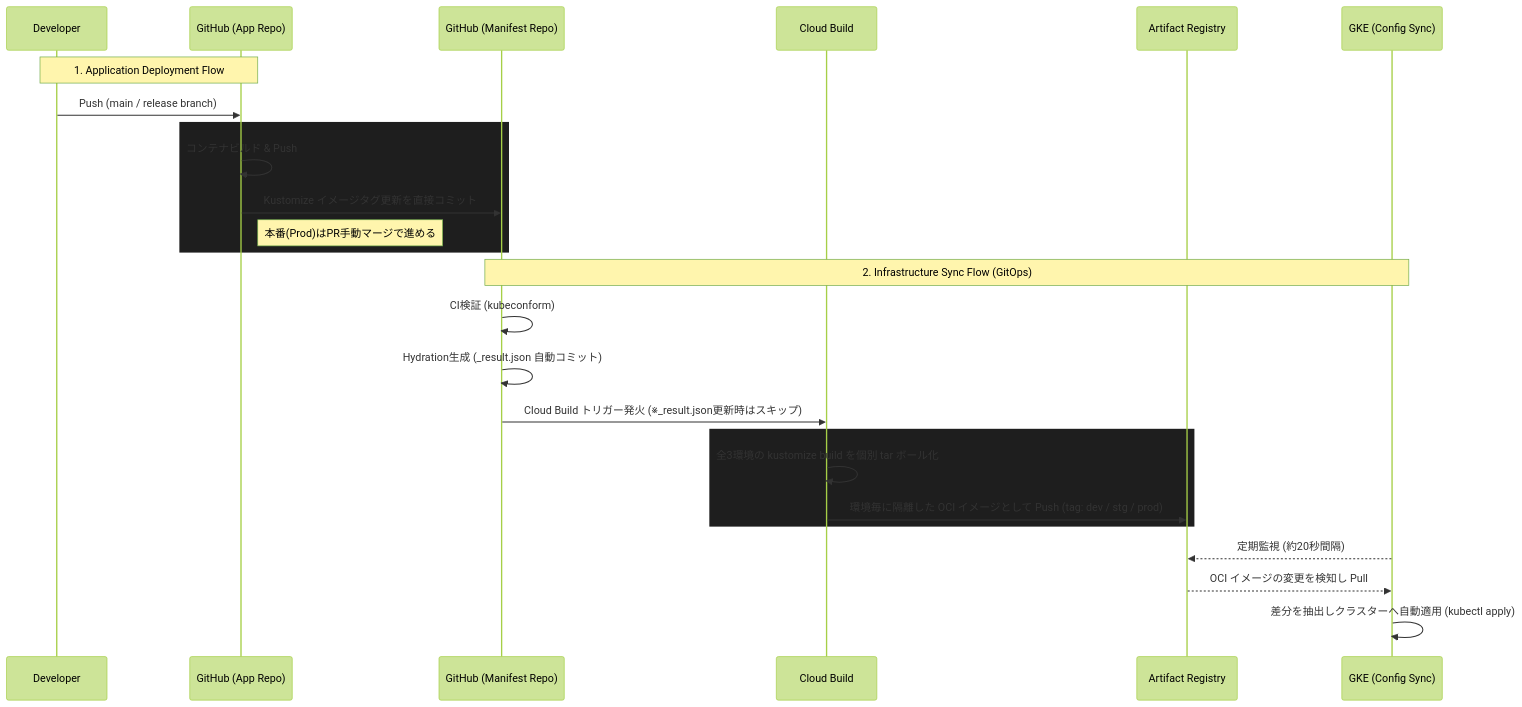
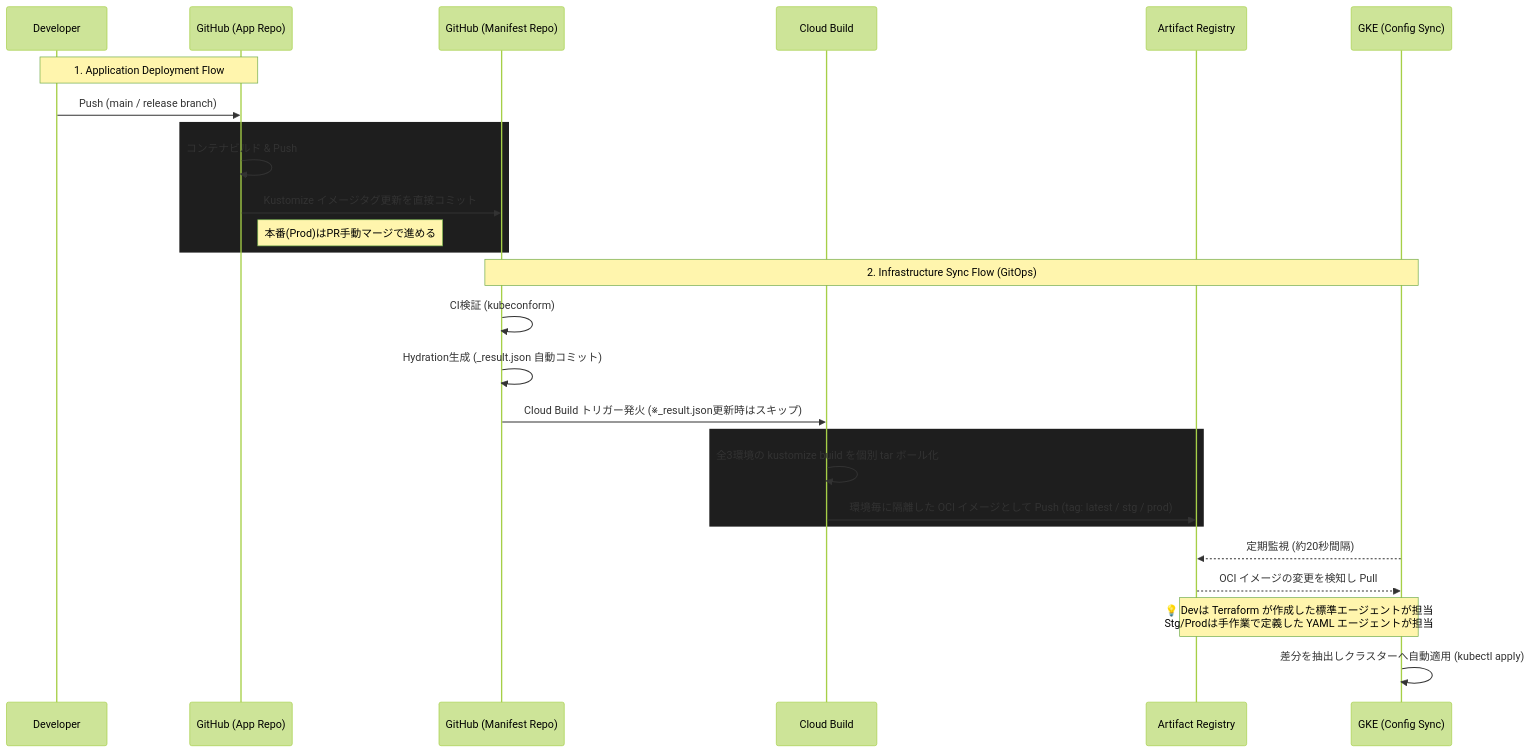
The diagram in docs/DEPLOYMENT_FLOW.md (waxsd100/k8s-platform), drawn with Mermaid (forest theme) before and after one commit. The commit also changed other lines of this file and 3 other files, not shown here.

Commit message:
feat: implement GitOps infrastructure with Config Sync, Cloud Build triggers, and OCI-based manifest deployment flow

````diff
--- a/docs/DEPLOYMENT_FLOW.md
+++ b/docs/DEPLOYMENT_FLOW.md
@@ -11,33 +11,34 @@
 ```mermaid
 sequenceDiagram
     participant Dev as Developer
     participant AppRepo as GitHub (App Repo)
     participant Manifest as GitHub (Manifest Repo)
     participant CB as Cloud Build
     participant GAR as Artifact Registry
     participant GKE as GKE (Config Sync)
 
     %% アプリケーションデプロイフロー
     Note over Dev,AppRepo: 1. Application Deployment Flow
     Dev->>AppRepo: Push (main / release branch)
     rect rgb(30, 30, 30)
         AppRepo->>AppRepo: コンテナビルド & Push
         AppRepo->>Manifest: Kustomize イメージタグ更新を直接コミット
         Note right of AppRepo: 本番(Prod)はPR手動マージで進める
     end
 
     %% マニフェスト適用フロー
     Note over Manifest,GKE: 2. Infrastructure Sync Flow (GitOps)
     Manifest->>Manifest: CI検証 (kubeconform)
     Manifest->>Manifest: Hydration生成 (_result.json 自動コミット)
     
     Manifest->>CB: Cloud Build トリガー発火 (※_result.json更新時はスキップ)
     rect rgb(30, 30, 30)
         CB->>CB: 全3環境の kustomize build を個別 tar ボール化
-        CB->>GAR: 環境毎に隔離した OCI イメージとして Push (tag: dev / stg / prod)
+        CB->>GAR: 環境毎に隔離した OCI イメージとして Push (tag: latest / stg / prod)
     end
     
     GKE-->>GAR: 定期監視 (約20秒間隔)
     GAR-->>GKE: OCI イメージの変更を検知し Pull
+    Note over GAR,GKE: 💡 Devは Terraform が作成した標準エージェントが担当<br/>Stg/Prodは手作業で定義した YAML エージェントが担当
     GKE->>GKE: 差分を抽出しクラスターへ自動適用 (kubectl apply)
 ```
````
